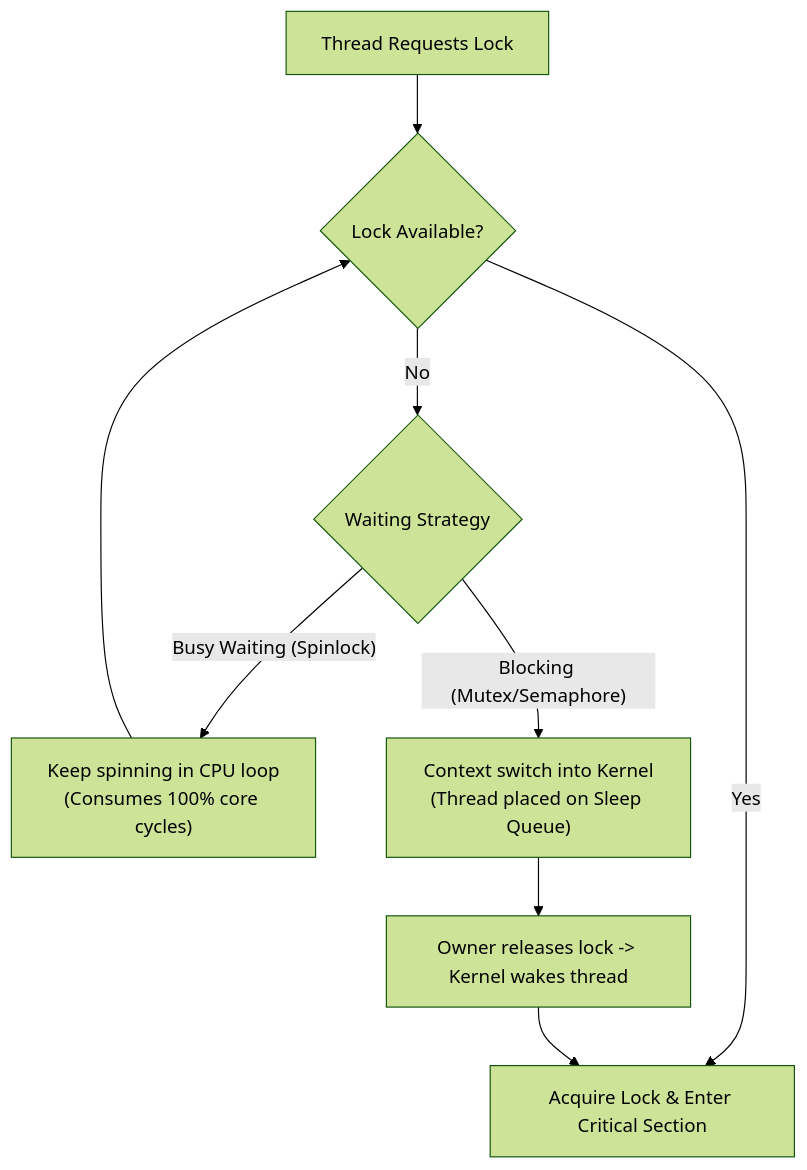
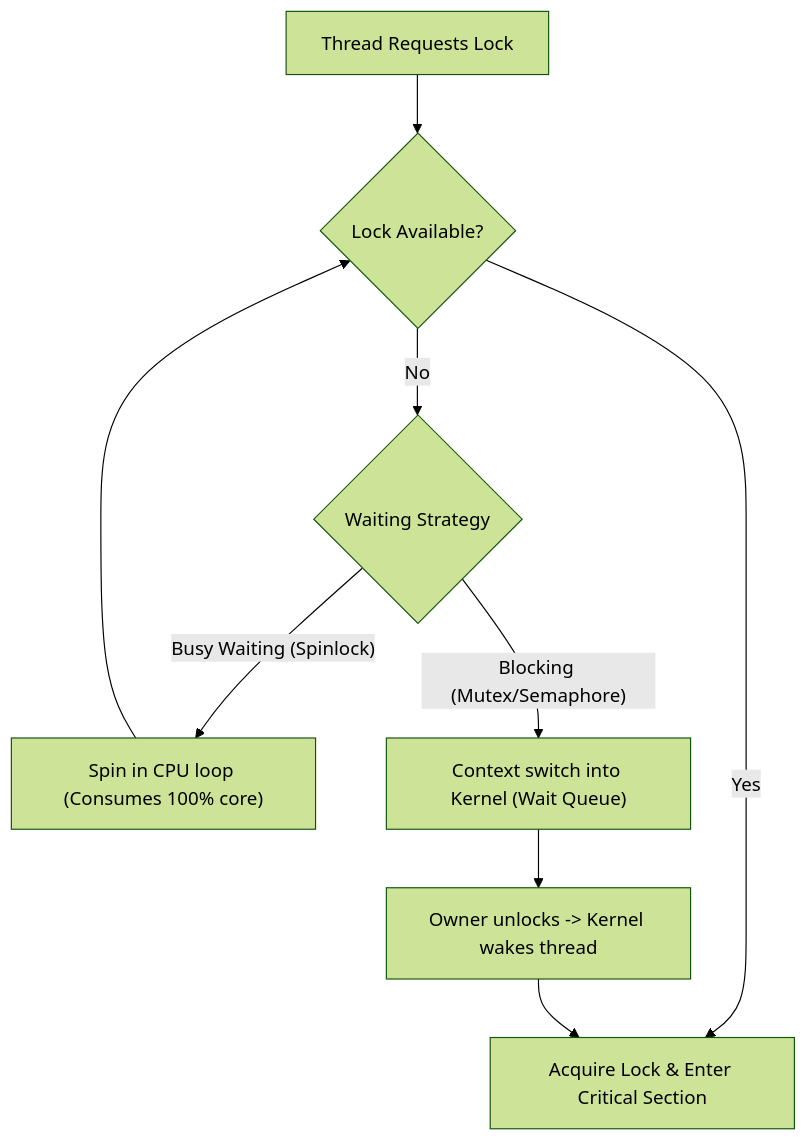
Before and after one commit to tejkrish22/InterviewPrep: the third of 3 diagrams in docs/Concepts/Operating Systems/Process Sync and Concurrency Control/6_Hardware Sync Principles.md, drawn with Mermaid (forest theme). The commit also changed other lines of this file, not shown here.

````diff
--- a/docs/Concepts/Operating Systems/Process Sync and Concurrency Control/6_Hardware Sync Principles.md
+++ b/docs/Concepts/Operating Systems/Process Sync and Concurrency Control/6_Hardware Sync Principles.md
@@ -149,11 +289,11 @@
 ```mermaid
 flowchart TD
     Req["Thread Requests Lock"] --> Avail{"Lock Available?"}
     Avail -->|"Yes"| Enter["Acquire Lock & Enter Critical Section"]
     Avail -->|"No"| Strategy{"Waiting Strategy"}
-    Strategy -->|"Busy Waiting (Spinlock)"| Spin["Keep spinning in CPU loop<br>(Consumes 100% core cycles)"]
+    Strategy -->|"Busy Waiting (Spinlock)"| Spin["Spin in CPU loop (Consumes 100% core)"]
     Spin --> Avail
-    Strategy -->|"Blocking (Mutex/Semaphore)"| Sleep["Context switch into Kernel<br>(Thread placed on Sleep Queue)"]
-    Sleep --> Wake["Owner releases lock -> Kernel wakes thread"]
+    Strategy -->|"Blocking (Mutex/Semaphore)"| Sleep["Context switch into Kernel (Wait Queue)"]
+    Sleep --> Wake["Owner unlocks -> Kernel wakes thread"]
     Wake --> Enter
 ```
````
